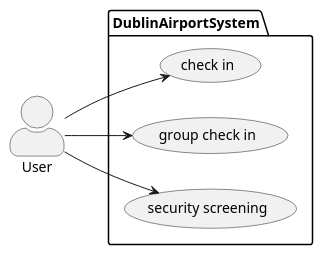
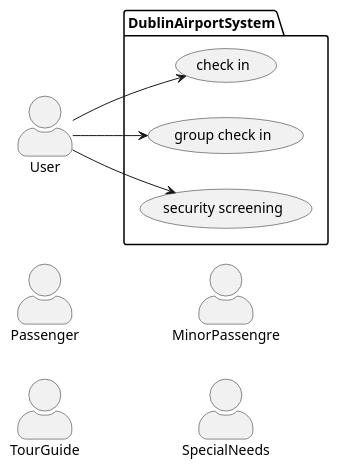
The first of 2 diagrams in CS335FZ-Software-Engineering-Software-Process/FinalExam/SUMMER 2019 EXAMINATION.md (Anxiu0101/Semester4LectureNotes), drawn with PlantUML before and after one commit. The commit also changed 1 other file, not shown here.

Commit message:
vault backup: 2022-06-21 15:04:22

````diff
--- a/CS335FZ-Software-Engineering-Software-Process/FinalExam/SUMMER 2019 EXAMINATION.md
+++ b/CS335FZ-Software-Engineering-Software-Process/FinalExam/SUMMER 2019 EXAMINATION.md
@@ -15,13 +15,17 @@
 ```puml
 skinparam actorStyle awesome
 left to right direction
 package DublinAirportSystem {
 	usecase "check in" as uc1
 	usecase "group check in" as uc2
 	usecase "security screening" as uc3
 }
 
+actor Passenger as user1
+actor TourGuide as user2
+actor MinorPassengre as user3
+actor SpecialNeeds
 :User: --> uc1
 :User: --> uc2
 :User: --> uc3
 ```
````
